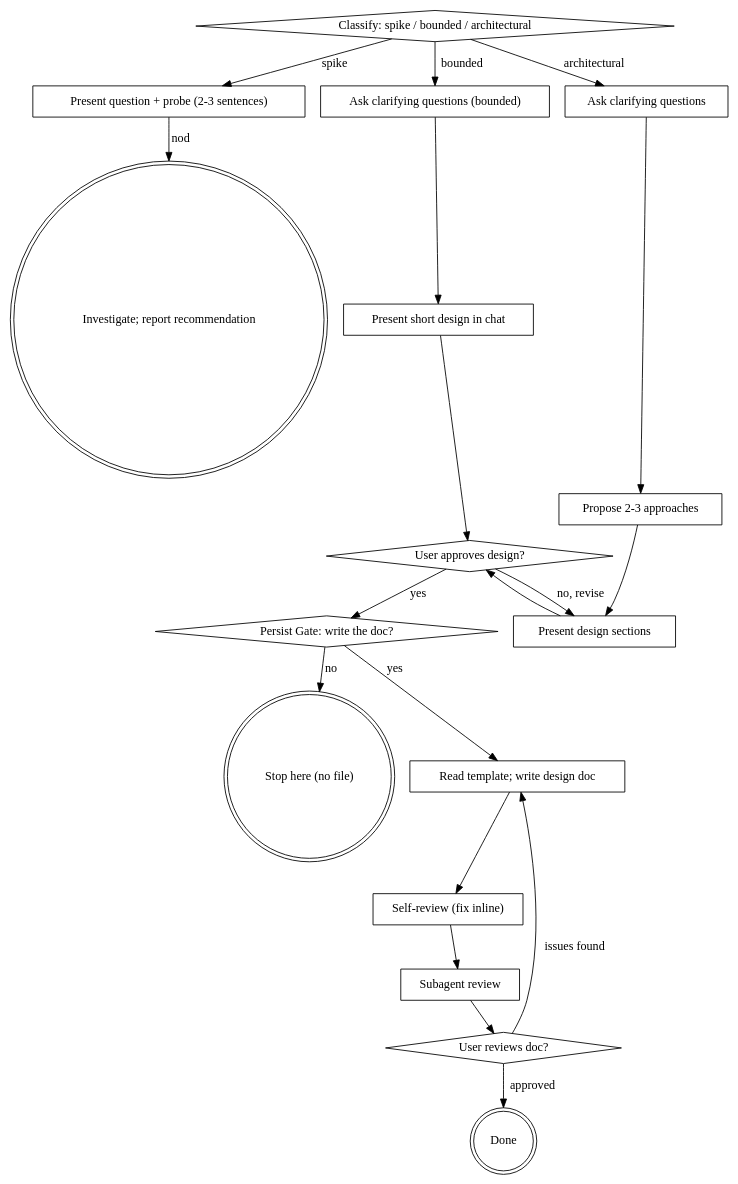
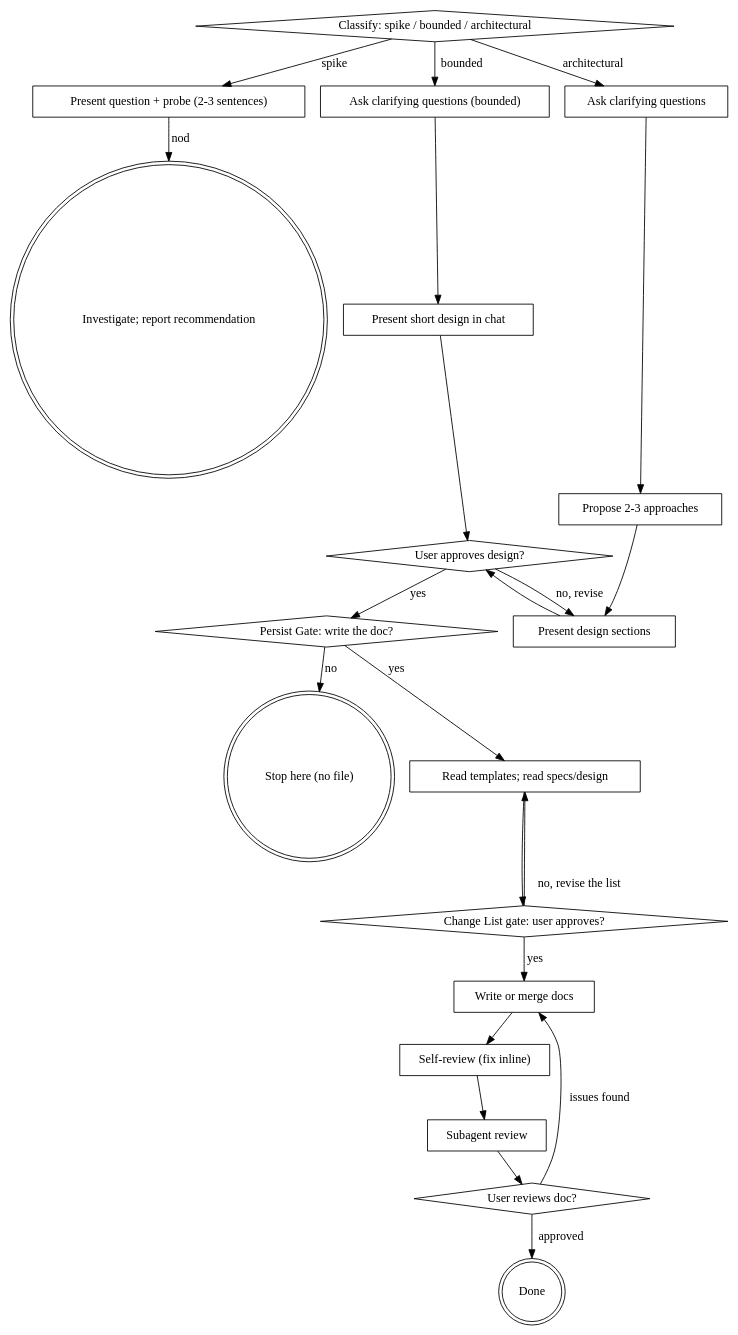
The diagram in SKILL.md (ZiyiXingYao/brainstorming-archify), drawn with Graphviz before and after one commit. The commit also changed other lines of this file and 5 other files, not shown here.

````diff
--- a/SKILL.md
+++ b/SKILL.md
@@ -125,39 +129,44 @@
 ```dot
 digraph brainstorming {
     "Classify: spike / bounded / architectural" [shape=diamond];
     "Present question + probe (2-3 sentences)" [shape=box];
     "Ask clarifying questions (bounded)" [shape=box];
     "Present short design in chat" [shape=box];
     "Ask clarifying questions" [shape=box];
     "Propose 2-3 approaches" [shape=box];
     "Present design sections" [shape=box];
     "User approves design?" [shape=diamond];
     "Investigate; report recommendation" [shape=doublecircle];
     "Persist Gate: write the doc?" [shape=diamond];
     "Stop here (no file)" [shape=doublecircle];
-    "Read template; write design doc" [shape=box];
+    "Read templates; read specs/design" [shape=box];
+    "Change List gate: user approves?" [shape=diamond];
+    "Write or merge docs" [shape=box];
     "Self-review (fix inline)" [shape=box];
     "Subagent review" [shape=box];
     "User reviews doc?" [shape=diamond];
     "Done" [shape=doublecircle];
 
     "Classify: spike / bounded / architectural" -> "Present question + probe (2-3 sentences)" [label="spike"];
     "Classify: spike / bounded / architectural" -> "Ask clarifying questions (bounded)" [label="bounded"];
     "Classify: spike / bounded / architectural" -> "Ask clarifying questions" [label="architectural"];
     "Present question + probe (2-3 sentences)" -> "Investigate; report recommendation" [label="nod"];
     "Ask clarifying questions (bounded)" -> "Present short design in chat";
     "Present short design in chat" -> "User approves design?";
     "Ask clarifying questions" -> "Propose 2-3 approaches";
     "Propose 2-3 approaches" -> "Present design sections";
     "Present design sections" -> "User approves design?";
     "User approves design?" -> "Present design sections" [label="no, revise"];
     "User approves design?" -> "Persist Gate: write the doc?" [label="yes"];
     "Persist Gate: write the doc?" -> "Stop here (no file)" [label="no"];
-    "Persist Gate: write the doc?" -> "Read template; write design doc" [label="yes"];
-    "Read template; write design doc" -> "Self-review (fix inline)";
+    "Persist Gate: write the doc?" -> "Read templates; read specs/design" [label="yes"];
+    "Read templates; read specs/design" -> "Change List gate: user approves?";
+    "Change List gate: user approves?" -> "Write or merge docs" [label="yes"];
+    "Change List gate: user approves?" -> "Read templates; read specs/design" [label="no, revise the list"];
+    "Write or merge docs" -> "Self-review (fix inline)";
     "Self-review (fix inline)" -> "Subagent review";
     "Subagent review" -> "User reviews doc?";
-    "User reviews doc?" -> "Read template; write design doc" [label="issues found"];
+    "User reviews doc?" -> "Write or merge docs" [label="issues found"];
     "User reviews doc?" -> "Done" [label="approved"];
 }
 ```
````
